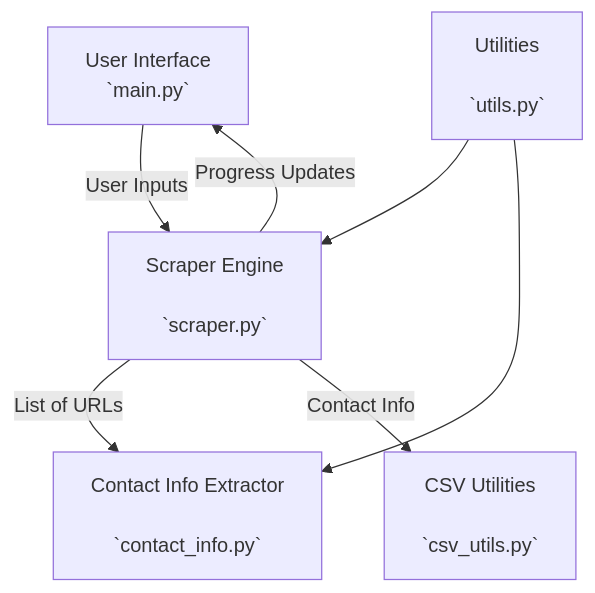
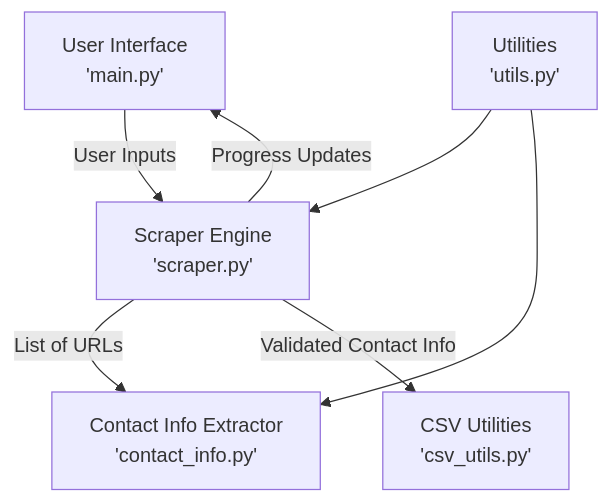
The diagram in README.md (MasonDG21/modular-webscraping-approach), drawn with Mermaid before and after one commit.

````diff
--- a/README.md
+++ b/README.md
@@ -20,18 +20,14 @@
 ```mermaid
 graph TD
     A[User Interface
-    `main.py`] -->|User Inputs| B[Scraper Engine
-    
-    `scraper.py`]
+    'main.py'] -->|User Inputs| B[Scraper Engine
+    'scraper.py']
     B -->|List of URLs| D[Contact Info Extractor
-    
-    `contact_info.py`]
-    B -->|Contact Info| E[CSV Utilities
-    
-    `csv_utils.py`]
+    'contact_info.py']
+    B -->|Validated Contact Info| E[CSV Utilities
+    'csv_utils.py']
     G[Utilities
-    
-    `utils.py`] --> B
+    'utils.py'] --> B
     G --> D
     B -->|Progress Updates| A
 ```
````
